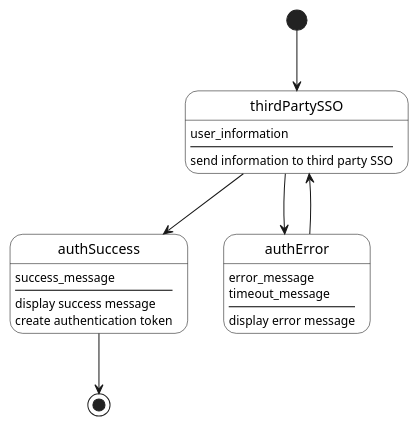
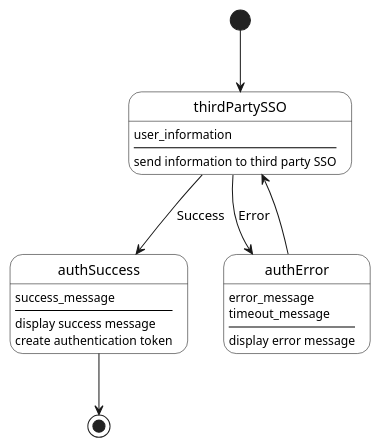
One commit to kailashsrirang/3a04-deliverable3 changed the diagram in state-diag/auth.puml. Above: the diagram before and after it, drawn with PlantUML. The commit also changed 3 other files, not shown here.

```diff
--- a/state-diag/auth.puml
+++ b/state-diag/auth.puml
@@ -2,27 +2,27 @@
 @startuml
 
 skinparam State {
   BackgroundColor white
   BorderColor black
 }
 
 [*] --> thirdPartySSO
 thirdPartySSO : user_information
 thirdPartySSO : ----
 thirdPartySSO : send information to third party SSO
 
-thirdPartySSO --> authSuccess
+thirdPartySSO --> authSuccess : Success
 authSuccess : success_message
 authSuccess : ----
 authSuccess : display success message
 authSuccess : create authentication token
 authSuccess --> [*]
 
-thirdPartySSO --> authError
+thirdPartySSO --> authError : Error
 authError : error_message
 authError : timeout_message
 authError : ----
 authError : display error message
 authError --> thirdPartySSO
 
 @enduml
```
